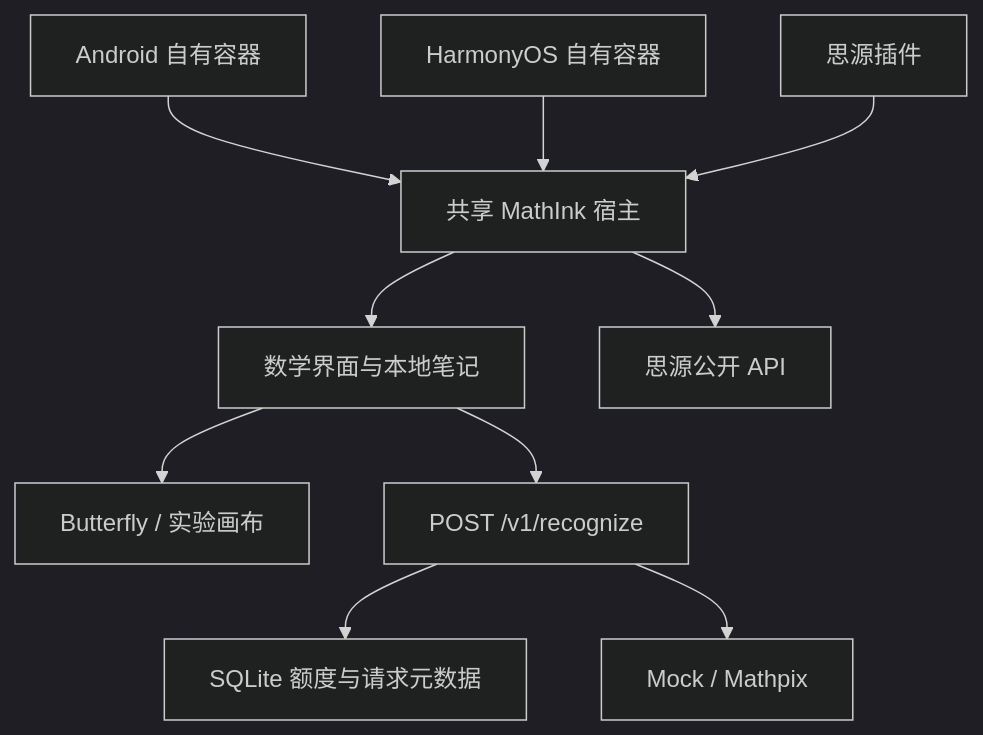
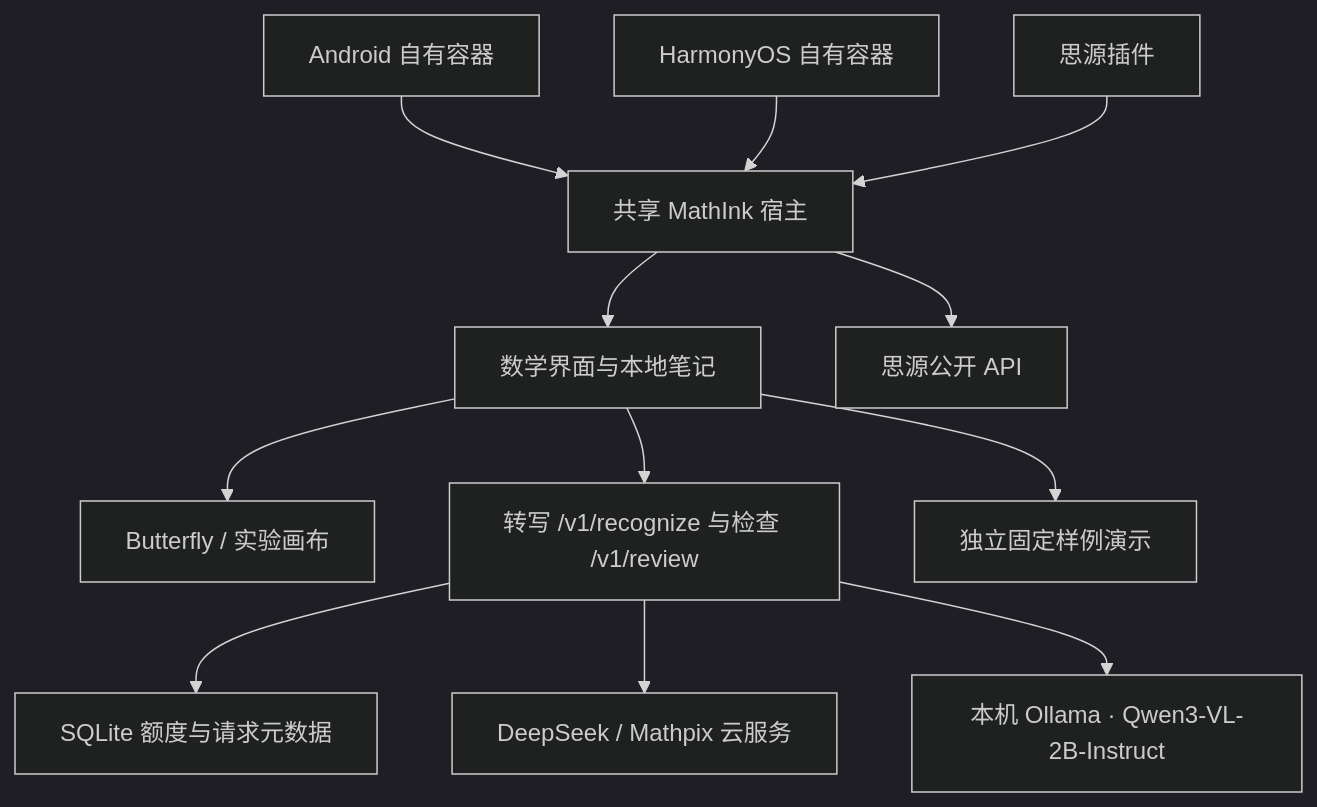
One commit to inthispiece/math-ink changed the diagram in docs/ARCHITECTURE.md. Above: the diagram before and after it, drawn with Mermaid (dark theme). The commit also changed other lines of this file and 34 other files, not shown here.

Commit message:
Add DeepSeek and local Qwen with separate formula review

````diff
--- a/docs/ARCHITECTURE.md
+++ b/docs/ARCHITECTURE.md
@@ -3,12 +3,14 @@
 ```mermaid
 flowchart TD
   Android[Android 自有容器] --> Host[共享 MathInk 宿主]
   Harmony[HarmonyOS 自有容器] --> Host
   Plugin[思源插件] --> Host
   Host --> Web[数学界面与本地笔记]
   Web --> Canvas[Butterfly / 实验画布]
-  Web --> Gateway[POST /v1/recognize]
+  Web --> Gateway[转写 /v1/recognize 与检查 /v1/review]
   Gateway --> Quota[SQLite 额度与请求元数据]
-  Gateway --> Provider[Mock / Mathpix]
+  Gateway --> Cloud[DeepSeek / Mathpix 云服务]
+  Gateway --> Local[本机 Ollama · Qwen3-VL-2B-Instruct]
+  Web --> Demo[独立固定样例演示]
   Host --> SiYuan[思源公开 API]
 ```
````
